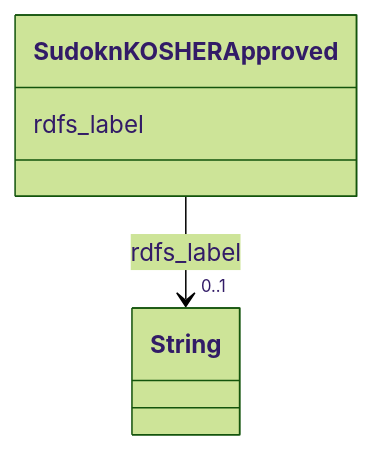
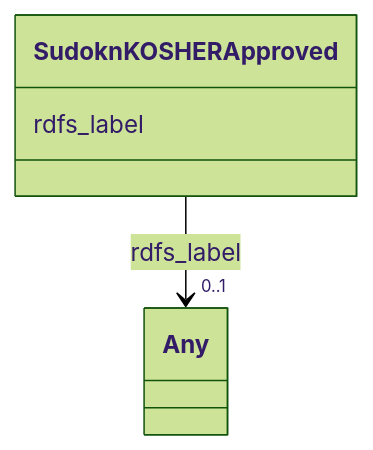
Before and after one commit to frink-okn/graph-descriptions: the diagram in sudokn-kg/classes/SudoknKOSHERApproved.md, drawn with Mermaid (forest theme). The commit also changed other lines of this file and 903 other files, not shown here.

````diff
--- a/sudokn-kg/classes/SudoknKOSHERApproved.md
+++ b/sudokn-kg/classes/SudoknKOSHERApproved.md
@@ -23,15 +18,15 @@
 ```mermaid
  classDiagram
     class SudoknKOSHERApproved
     click SudoknKOSHERApproved href "../SudoknKOSHERApproved"
       SudoknKOSHERApproved : rdfs_label
         
           
     
     
-    SudoknKOSHERApproved --> "0..1" String : rdfs_label
-    click String href "../String"
+    SudoknKOSHERApproved --> "0..1" Any : rdfs_label
+    click Any href "../Any"
 
         
       
 ```
````
